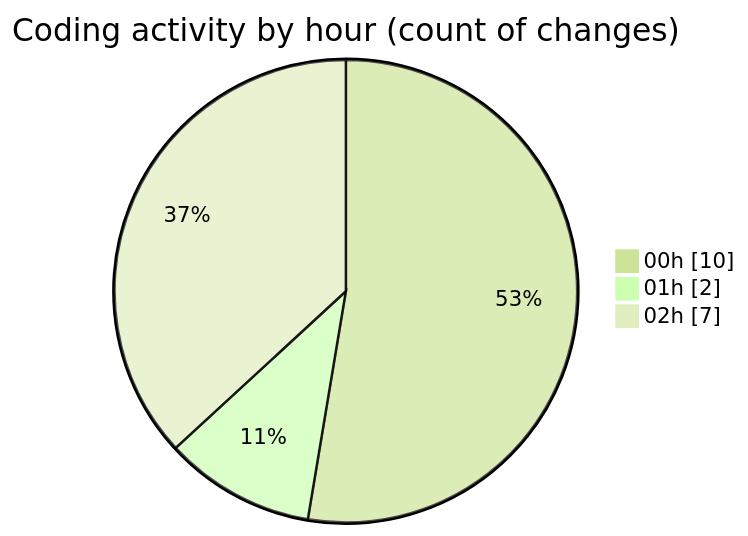
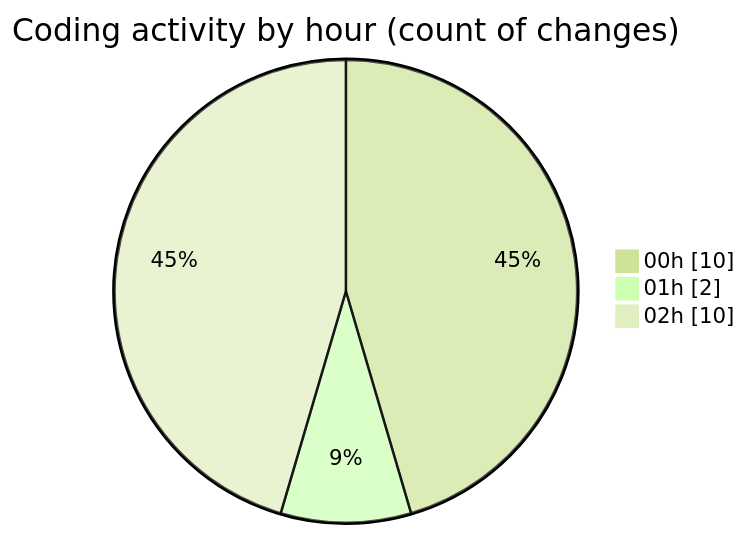
One commit to julien-gomy/code-tracking changed the second of 2 diagrams in 2025-10-30/cdp_aleoudev_fr__workspace_/README.md. Above: the diagram before and after it, drawn with Mermaid (forest theme). The commit also changed other lines of this file and 1 other file, not shown here.

````diff
--- a/2025-10-30/cdp_aleoudev_fr__workspace_/README.md
+++ b/2025-10-30/cdp_aleoudev_fr__workspace_/README.md
@@ -30,7 +30,7 @@
 ```mermaid
 pie showData
 title Coding activity by hour (count of changes)
 "00h" : 10
 "01h" : 2
-"02h" : 7
+"02h" : 10
 ```
````
